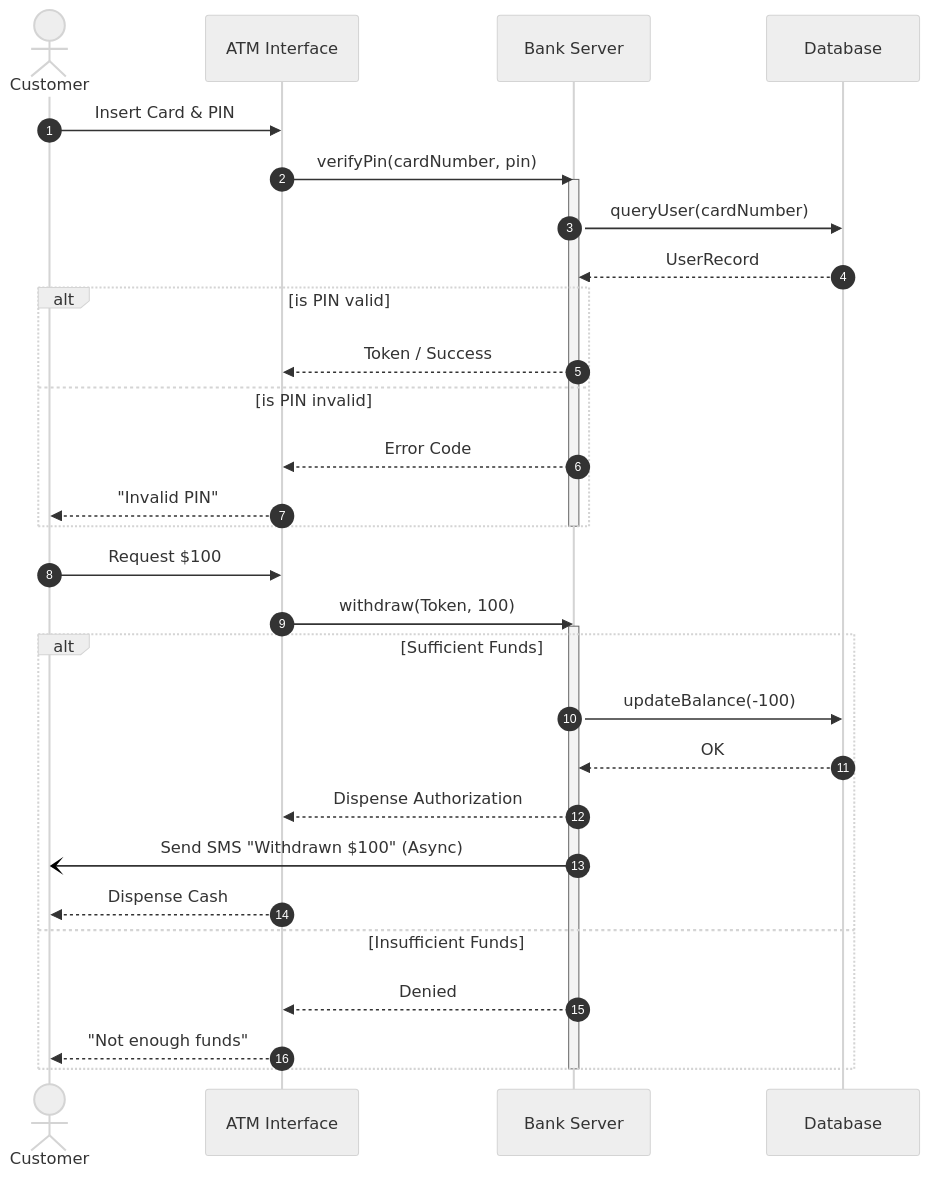
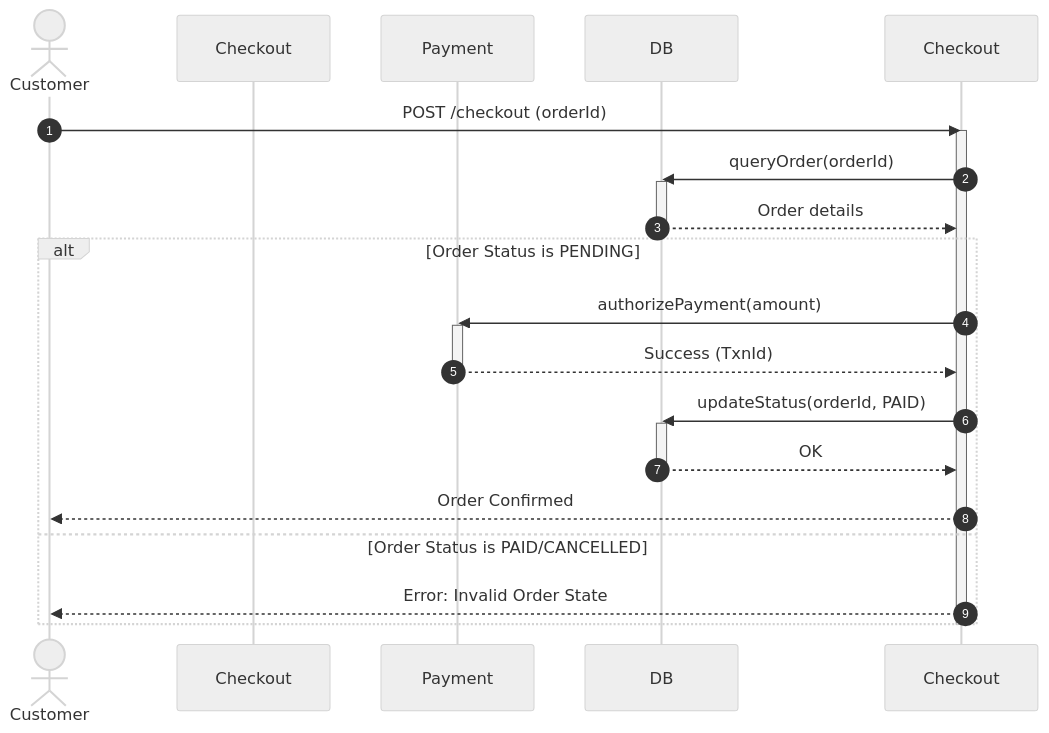
One commit to akshay-k-r/Interview-Prep-Resource changed the diagram in src/pages/03-lld/uml/sequence-diagrams/index.mdx. Above: the diagram before and after it, drawn with Mermaid (neutral theme). The commit also changed other lines of this file and 179 other files, not shown here.

````diff
--- a/src/pages/03-lld/uml/sequence-diagrams/index.mdx
+++ b/src/pages/03-lld/uml/sequence-diagrams/index.mdx
@@ -45,44 +36,33 @@
 ```mermaid
 sequenceDiagram
     autonumber
-    actor User as Customer
-    participant ATM as ATM Interface
-    participant Bank as Bank Server
-    participant DB as Database
+    actor Customer
+    participant CheckoutService as Checkout
+    participant PaymentGateway as Payment
+    participant Database as DB
 
-    User->>ATM: Insert Card & PIN
+    Customer->>Checkout: POST /checkout (orderId)
+    activate Checkout
     
-    %% Synchronous call
-    ATM->>Bank: verifyPin(cardNumber, pin)
-    activate Bank
-    Bank->>DB: queryUser(cardNumber)
-    DB-->>Bank: UserRecord
-    
-    %% Alt fragment (If-Else)
-    alt is PIN valid
-        Bank-->>ATM: Token / Success
-    else is PIN invalid
-        Bank-->>ATM: Error Code
-        ATM-->>User: "Invalid PIN"
+    Checkout->>Database: queryOrder(orderId)
+    activate Database
+    Database-->>Checkout: Order details
+    deactivate Database
+
+    alt Order Status is PENDING
+        Checkout->>PaymentGateway: authorizePayment(amount)
+        activate PaymentGateway
+        PaymentGateway-->>Checkout: Success (TxnId)
+        deactivate PaymentGateway
+
+        Checkout->>Database: updateStatus(orderId, PAID)
+        activate Database
+        Database-->>Checkout: OK
+        deactivate Database
+
+        Checkout-->>Customer: Order Confirmed
+    else Order Status is PAID/CANCELLED
+        Checkout-->>Customer: Error: Invalid Order State
     end
-    deactivate Bank
-
-    User->>ATM: Request $100
-    ATM->>Bank: withdraw(Token, 100)
-    activate Bank
-    
-    alt Sufficient Funds
-        Bank->>DB: updateBalance(-100)
-        DB-->>Bank: OK
-        Bank-->>ATM: Dispense Authorization
-        
-        %% Asynchronous message
-        Bank-)User: Send SMS "Withdrawn $100" (Async)
-        
-        ATM-->>User: Dispense Cash
-    else Insufficient Funds
-        Bank-->>ATM: Denied
-        ATM-->>User: "Not enough funds"
-    end
-    deactivate Bank
+    deactivate Checkout
 ```
````
